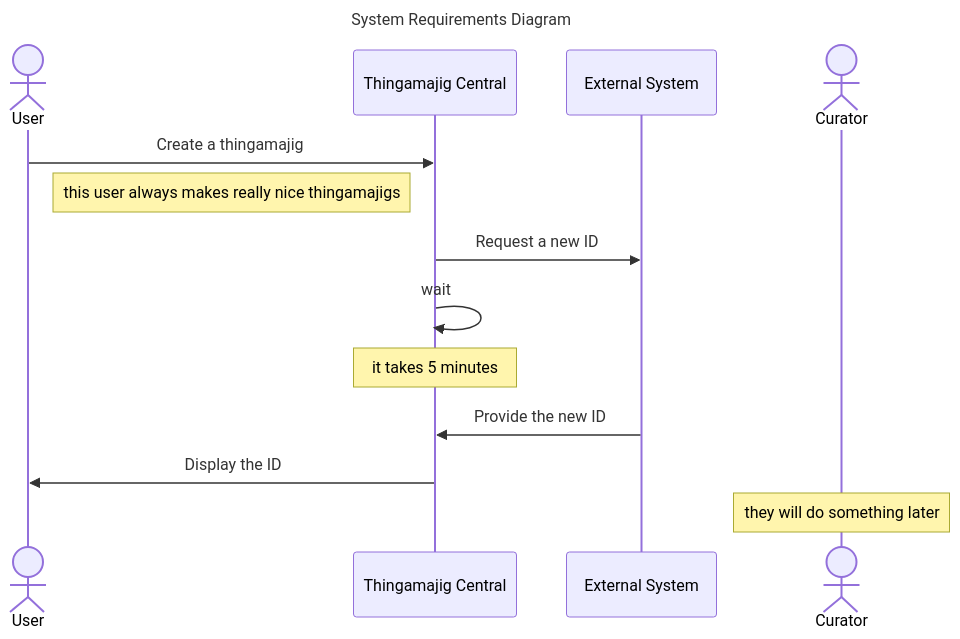
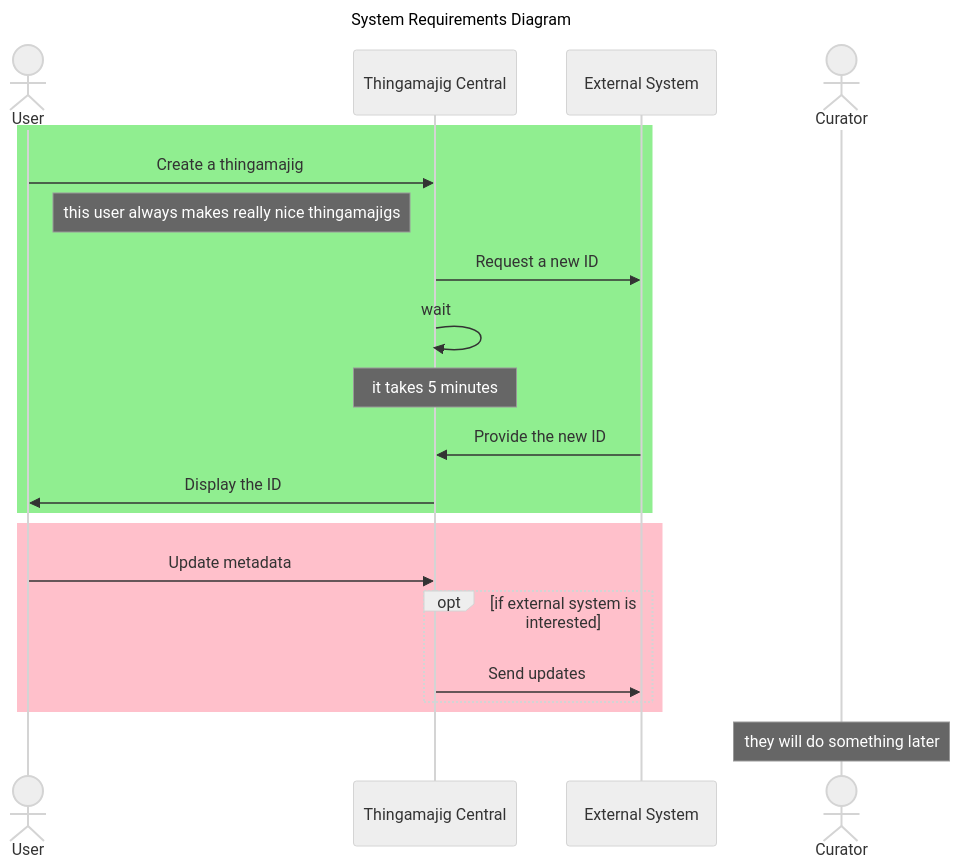
Before and after one commit to carolyncole/mermaid-wintersession: the diagram in lesson1-actors/flow-diagram.md, drawn with Mermaid.

````diff
--- a/lesson1-actors/flow-diagram.md
+++ b/lesson1-actors/flow-diagram.md
@@ -9,20 +9,32 @@
 ```mermaid
+
+%%{init: { 'theme': 'neutral' }}%%
+
 sequenceDiagram
 title  System Requirements Diagram
 accTitle: System Requirements Sequence Diagram
 accDescr: A sequence diagram that shows what interactions we are expecting the system to have
+
 
 actor user as User
 participant system as Thingamajig Central
 participant external as External System
 actor curator as Curator
 
-user->>system: Create a thingamajig
-Note right of user: this user always makes really nice thingamajigs
-system ->> external: Request a new ID
-system ->> system: wait
-Note over system: it takes 5 minutes
-external ->> system: Provide the new ID
-system ->> user: Display the ID
+rect lightgreen
+ user->>system: Create a thingamajig
+ Note right of user: this user always makes really nice thingamajigs
+ system ->> external: Request a new ID
+ system ->> system: wait
+ Note over system: it takes 5 minutes
+ external ->> system: Provide the new ID
+ system ->> user: Display the ID
+end
+rect pink
+  user ->> system: Update metadata
+  opt if external system is interested
+    system ->> external: Send updates
+  end
+end
 Note over curator: they will do something later
 ```
````
